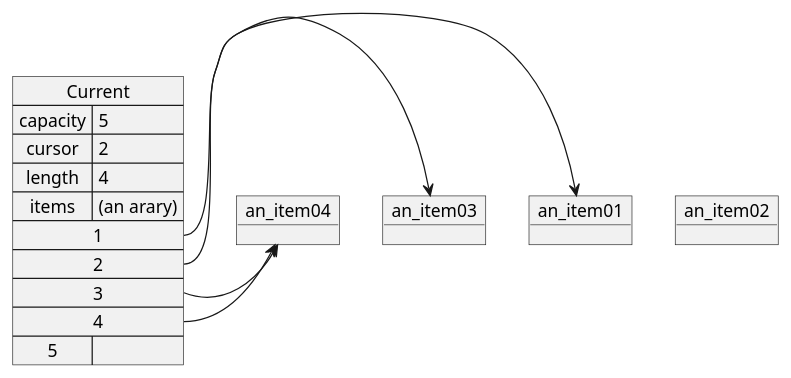
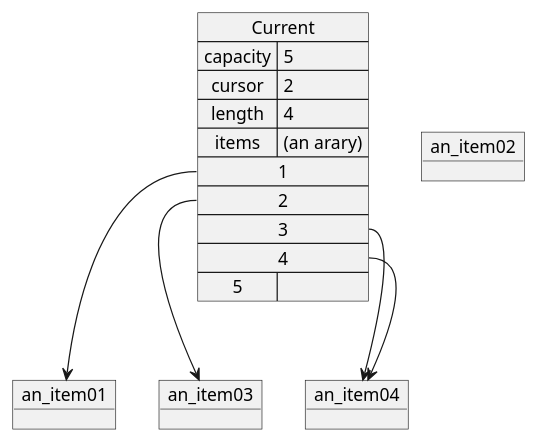
One commit to elviejo79/literate_pro_for_beeminder changed diagram 11 of 11 in docs/6_Lists.md. Above: the diagram before and after it, drawn with PlantUML. The commit also changed other lines of this file and 3 other files, not shown here.

````diff
--- a/docs/6_Lists.md
+++ b/docs/6_Lists.md
@@ -1309,20 +1268,20 @@
 ```plantuml
 @startuml
 object an_item01
 object an_item02
 object an_item03
 object an_item04
 
 map Current {
     capacity => 5
     cursor => 2
     length => 4
     items => (an arary)
-    1 *-> an_item01
-    2 *-> an_item03
-    3 *-> an_item04
-    4 *-> an_item04
+    1 *--> an_item01
+    2 *--> an_item03
+    3 *--> an_item04
+    4 *--> an_item04
     5 =>
 }
 @enduml
 ```
````
